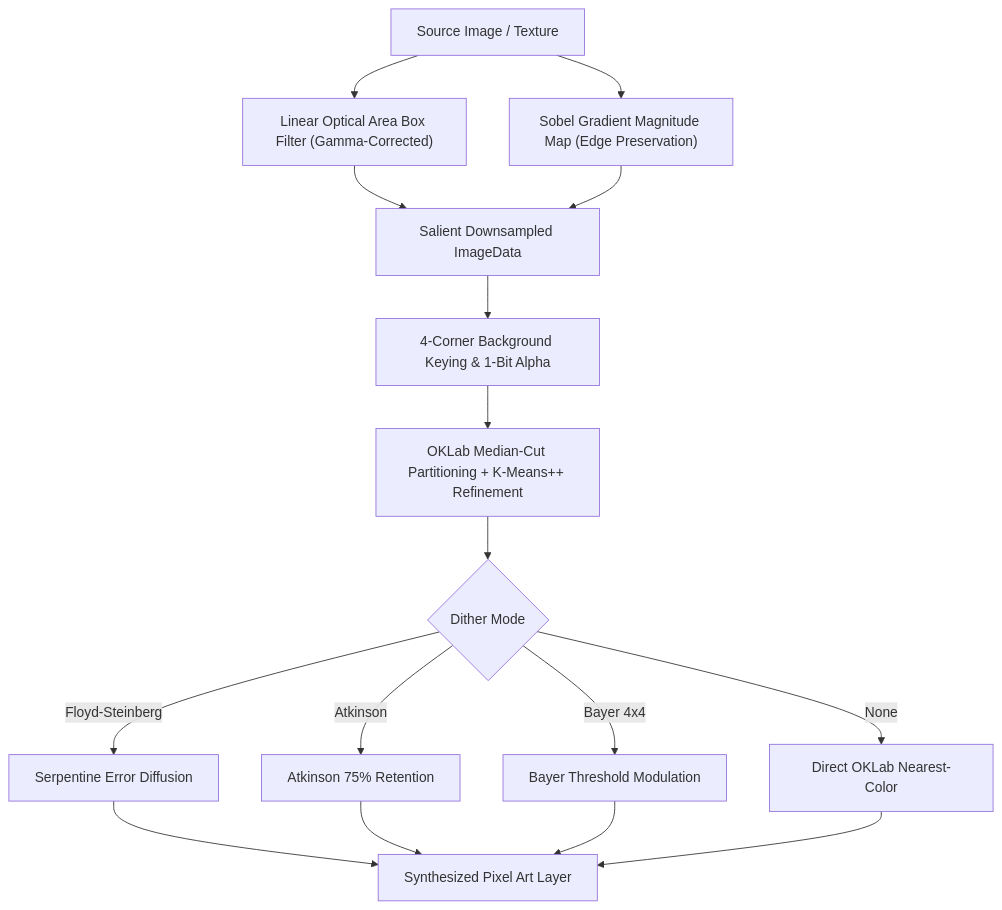
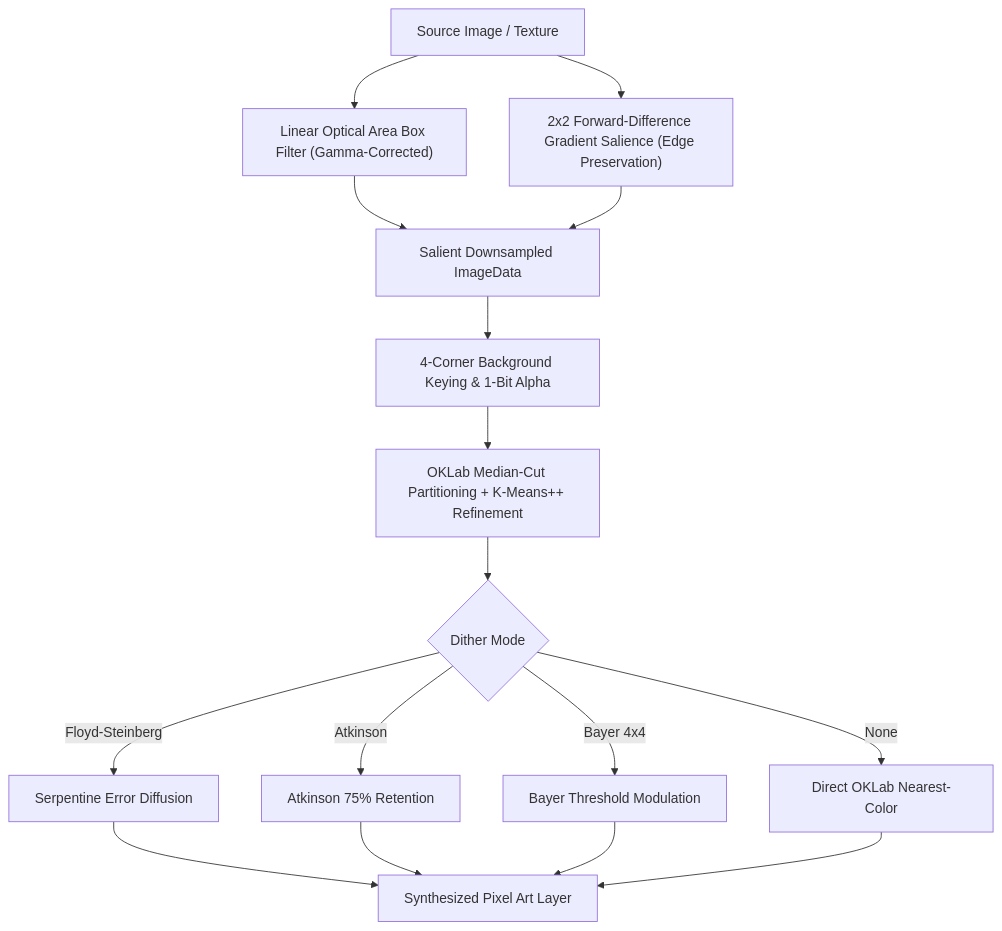
The fifth of 6 diagrams in ARCHITECTURE.md (lxcario/PixiBun), drawn with Mermaid before and after one commit. The commit also changed other lines of this file and 28 other files, not shown here.

````diff
--- a/ARCHITECTURE.md
+++ b/ARCHITECTURE.md
@@ -291,14 +296,14 @@
 ```mermaid
 graph TD
     InputImg["Source Image / Texture"] --> BoxDown["Linear Optical Area Box Filter (Gamma-Corrected)"]
-    InputImg --> SobelSalience["Sobel Gradient Magnitude Map (Edge Preservation)"]
-    BoxDown & SobelSalience --> SalientDown["Salient Downsampled ImageData"]
+    InputImg --> GradSalience["2x2 Forward-Difference Gradient Salience (Edge Preservation)"]
+    BoxDown & GradSalience --> SalientDown["Salient Downsampled ImageData"]
     SalientDown --> BGKey["4-Corner Background Keying & 1-Bit Alpha"]
     BGKey --> Quantize["OKLab Median-Cut Partitioning + K-Means++ Refinement"]
     Quantize --> DitherBranch{"Dither Mode"}
     DitherBranch -->|Floyd-Steinberg| SerpentineFS["Serpentine Error Diffusion"]
     DitherBranch -->|Atkinson| AtkDiff["Atkinson 75% Retention"]
     DitherBranch -->|Bayer 4x4| BayerMod["Bayer Threshold Modulation"]
     DitherBranch -->|None| FlatQuant["Direct OKLab Nearest-Color"]
     SerpentineFS & AtkDiff & BayerMod & FlatQuant --> PixelArtOutput["Synthesized Pixel Art Layer"]
 ```
````
